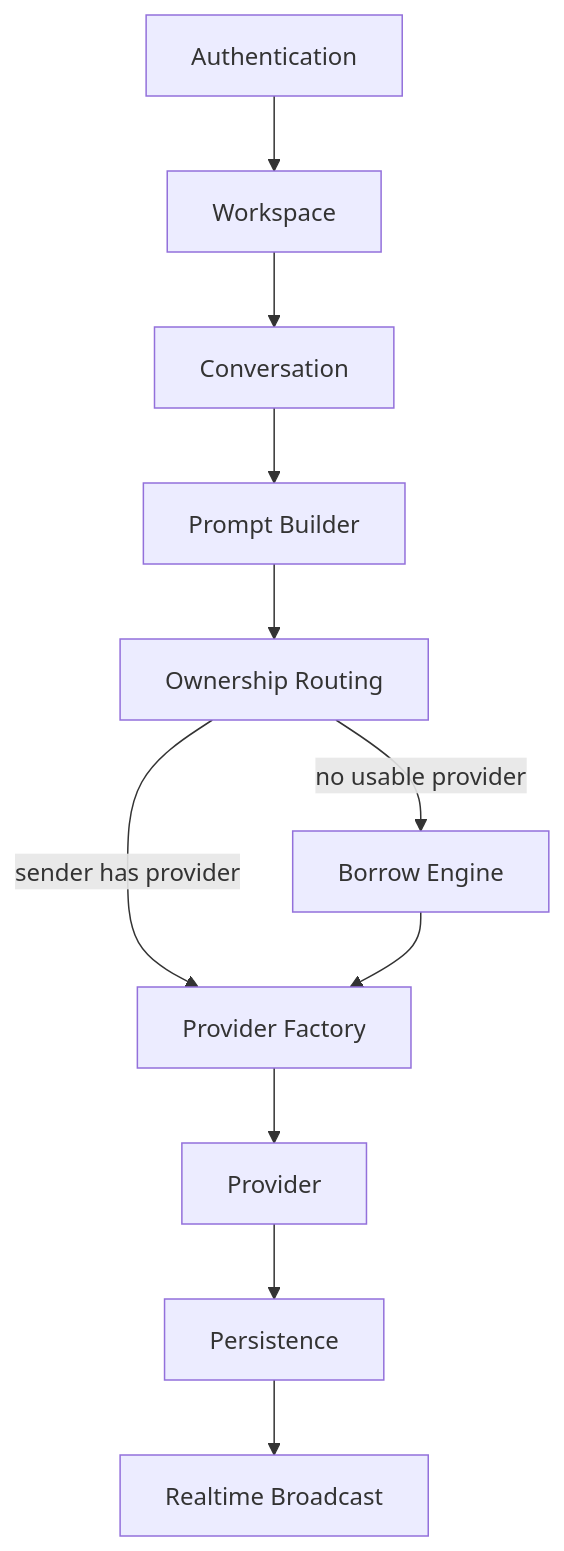
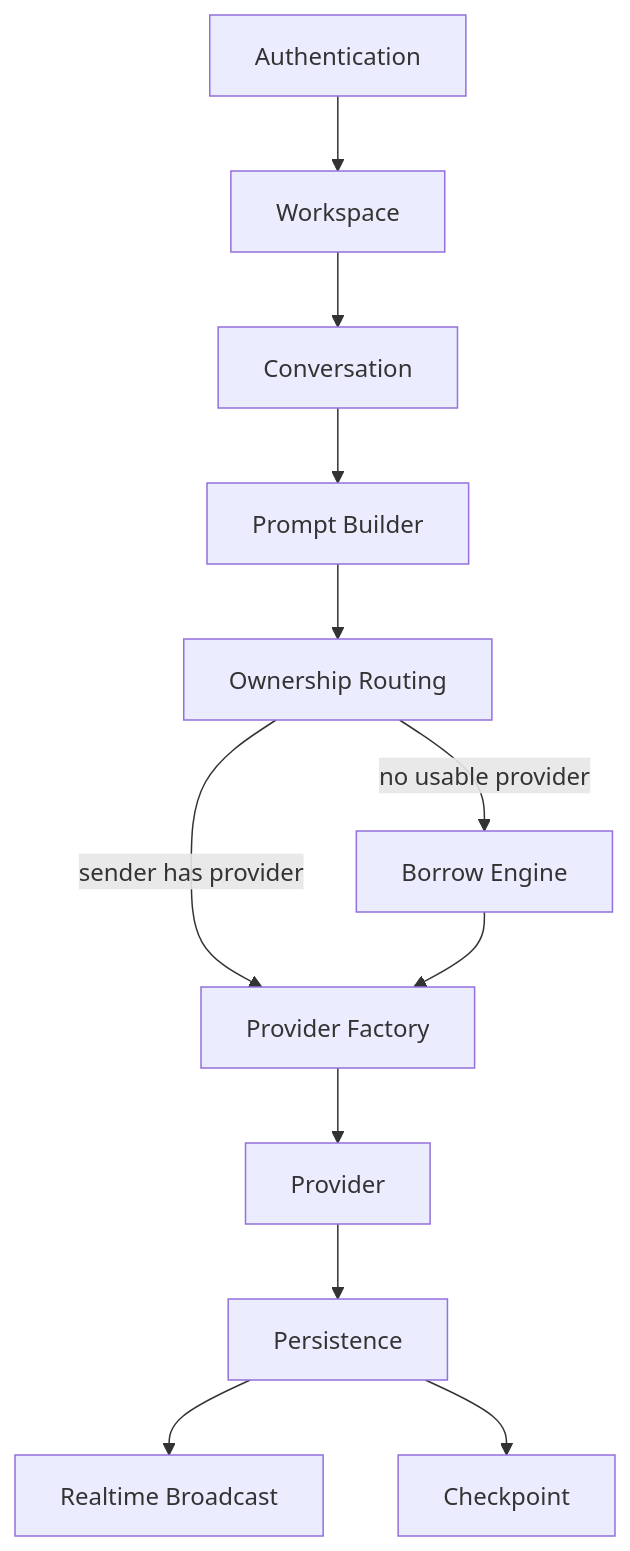
One commit to utkarsh-rusty/convhub changed the diagram in docs/architecture/architecture-overview.md. Above: the diagram before and after it, drawn with Mermaid. The commit also changed other lines of this file and 50 other files, not shown here.

````diff
--- a/docs/architecture/architecture-overview.md
+++ b/docs/architecture/architecture-overview.md
@@ -29,13 +47,14 @@
 ```mermaid
 flowchart TD
     A[Authentication] --> B[Workspace]
     B --> C[Conversation]
     C --> D[Prompt Builder]
     D --> E[Ownership Routing]
     E -->|sender has provider| H[Provider Factory]
     E -->|no usable provider| F[Borrow Engine]
     F --> H
     H --> I[Provider]
     I --> J[Persistence]
     J --> K[Realtime Broadcast]
+    J --> L[Checkpoint]
 ```
````
